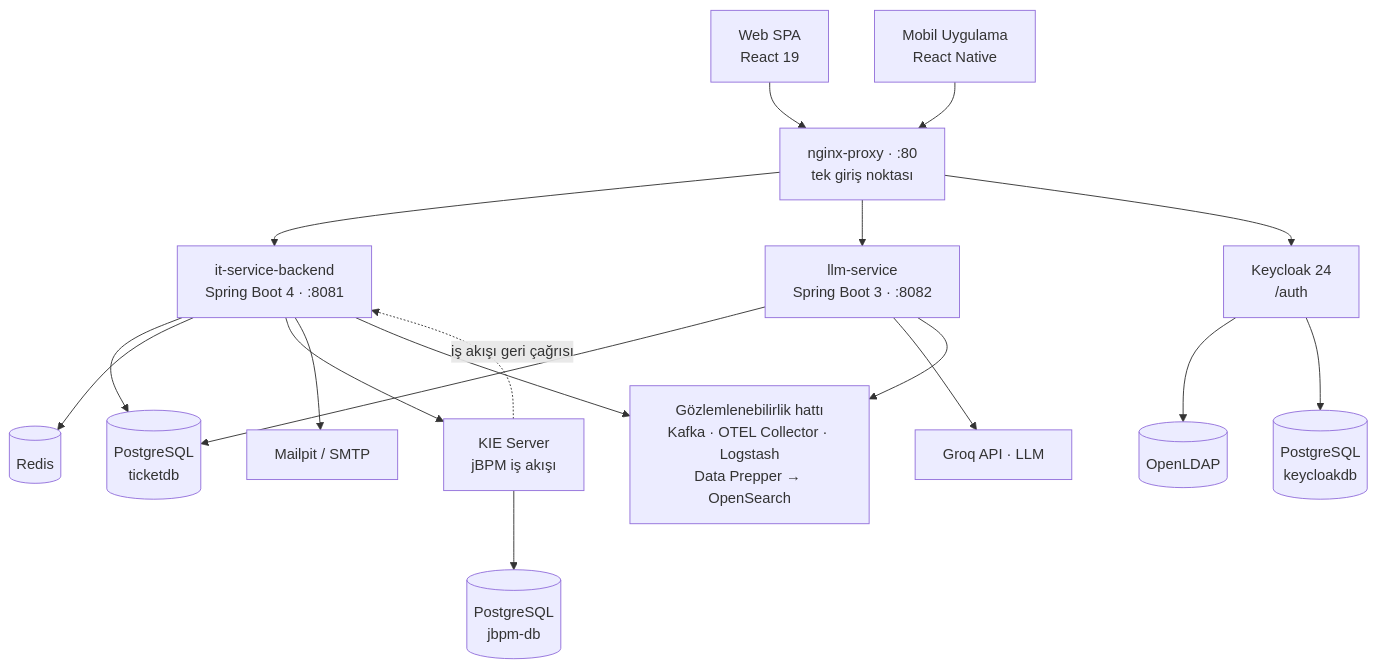
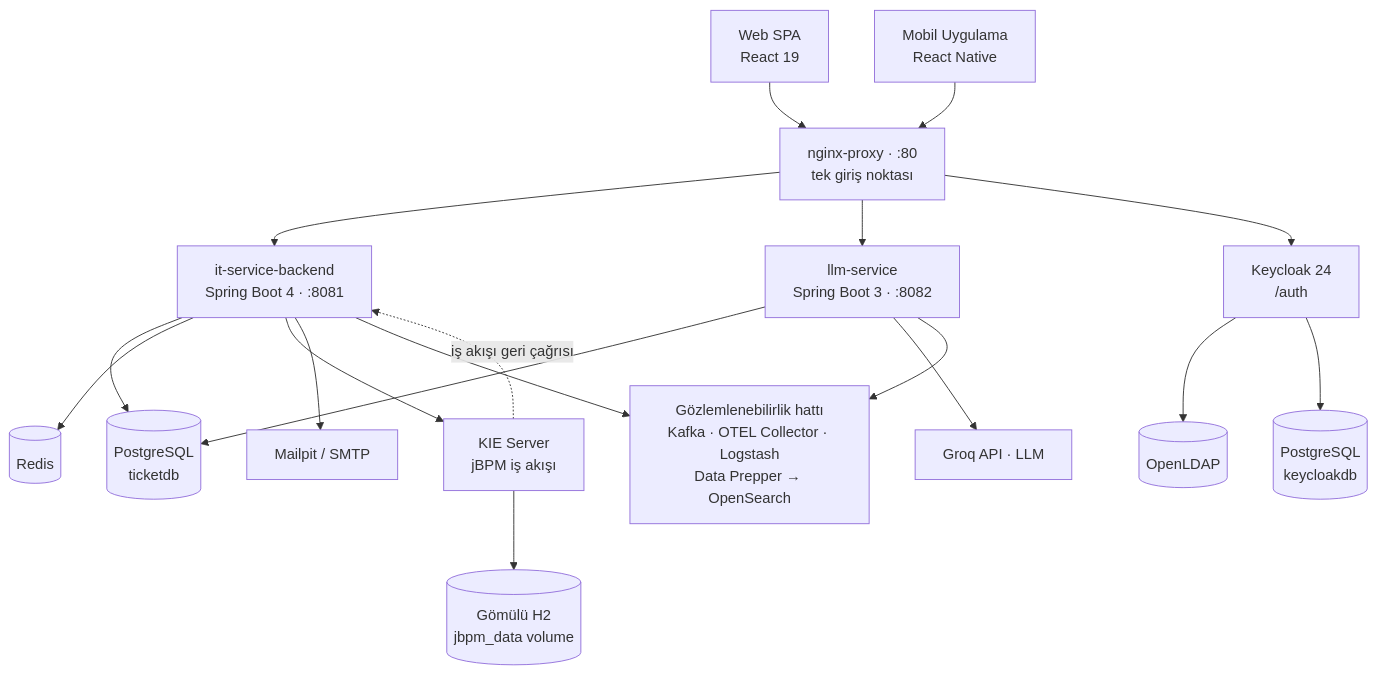
The diagram in README.tr.md (UKBey/TicketSystem), drawn with Mermaid before and after one commit. The commit also changed other lines of this file and 10 other files, not shown here.

````diff
--- a/README.tr.md
+++ b/README.tr.md
@@ -88,25 +89,25 @@
 ```mermaid
 flowchart TB
     web[Web SPA<br/>React 19] --> nginx
     mobile[Mobil Uygulama<br/>React Native] --> nginx
 
     nginx[nginx-proxy · :80<br/>tek giriş noktası]
 
     nginx --> be[it-service-backend<br/>Spring Boot 4 · :8081]
     nginx --> llm[llm-service<br/>Spring Boot 3 · :8082]
     nginx --> kc[Keycloak 24<br/>/auth]
 
     be --> pg[(PostgreSQL<br/>ticketdb)]
     be --> redis[(Redis)]
     be --> kie[KIE Server<br/>jBPM iş akışı]
     be --> mail[Mailpit / SMTP]
     llm --> pg
     llm --> groq[Groq API · LLM]
     kc --> ldap[(OpenLDAP)]
     kc --> kcdb[(PostgreSQL<br/>keycloakdb)]
-    kie --> jbpmdb[(PostgreSQL<br/>jbpm-db)]
+    kie --> jbpmh2[(Gömülü H2<br/>jbpm_data volume)]
     kie -. iş akışı geri çağrısı .-> be
 
     be --> obs[Gözlemlenebilirlik hattı<br/>Kafka · OTEL Collector · Logstash<br/>Data Prepper → OpenSearch]
     llm --> obs
 ```
````
